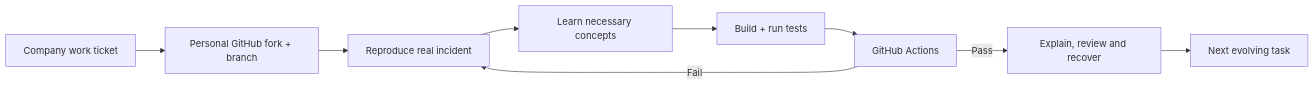
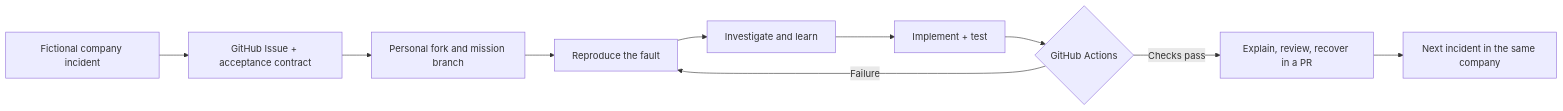
The diagram in README.md (Elghouali/engineering-apprenticeship), drawn with Mermaid before and after one commit. The commit also changed other lines of this file and 3 other files, not shown here.

Commit message:
docs(readme): author complete public home, mission index, documentation hub and capstone index

```diff
--- a/README.md
+++ b/README.md
@@ -13,11 +27,12 @@
 ~~~mermaid
 flowchart LR
-  I[Company work ticket] --> F[Personal GitHub fork + branch]
-  F --> B[Reproduce real incident]
-  B --> L[Learn necessary concepts]
-  L --> C[Build + run tests]
-  C --> CI[GitHub Actions]
-  CI -->|Fail| B
-  CI -->|Pass| R[Explain, review and recover]
-  R --> N[Next evolving task]
+  I["Fictional company incident"] --> B["GitHub Issue + acceptance contract"]
+  B --> F["Personal fork and mission branch"]
+  F --> R["Reproduce the fault"]
+  R --> L["Investigate and learn"]
+  L --> X["Implement + test"]
+  X --> C{"GitHub Actions"}
+  C -->|"Failure"| R
+  C -->|"Checks pass"| P["Explain, review, recover in a PR"]
+  P --> N["Next incident in the same company"]
 ~~~
```
